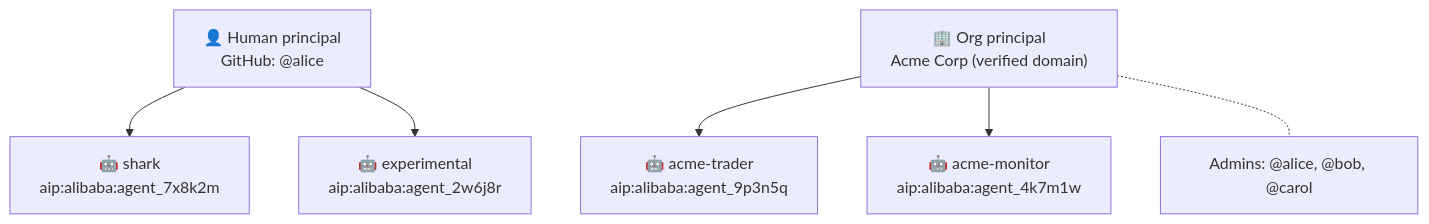
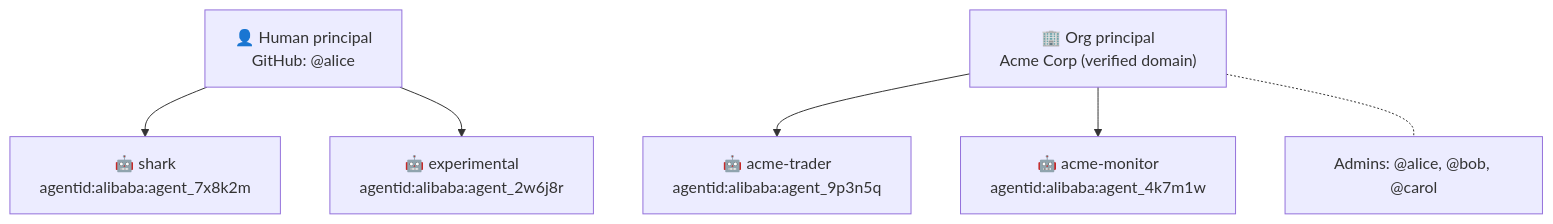
The third of 14 diagrams in design/2026-03-25-agentid.en.md (agentscope-ai/agent-identity), drawn with Mermaid before and after one commit. The commit also changed other lines of this file and 12 other files, not shown here.

First line of the commit message:
URN scheme: aip:* → agentid:*

````diff
--- a/design/2026-03-25-agentid.en.md
+++ b/design/2026-03-25-agentid.en.md
@@ -121,9 +121,9 @@
 ```mermaid
 graph TD
-    Alice["👤 Human principal<br/>GitHub: @alice"] --> Shark["🤖 shark<br/>aip:alibaba:agent_7x8k2m"]
-    Alice --> Exp["🤖 experimental<br/>aip:alibaba:agent_2w6j8r"]
+    Alice["👤 Human principal<br/>GitHub: @alice"] --> Shark["🤖 shark<br/>agentid:alibaba:agent_7x8k2m"]
+    Alice --> Exp["🤖 experimental<br/>agentid:alibaba:agent_2w6j8r"]
 
-    Acme["🏢 Org principal<br/>Acme Corp (verified domain)"] --> Trader["🤖 acme-trader<br/>aip:alibaba:agent_9p3n5q"]
-    Acme --> Monitor["🤖 acme-monitor<br/>aip:alibaba:agent_4k7m1w"]
+    Acme["🏢 Org principal<br/>Acme Corp (verified domain)"] --> Trader["🤖 acme-trader<br/>agentid:alibaba:agent_9p3n5q"]
+    Acme --> Monitor["🤖 acme-monitor<br/>agentid:alibaba:agent_4k7m1w"]
     Acme -.- Admins["Admins: @alice, @bob, @carol"]
 ```
````
